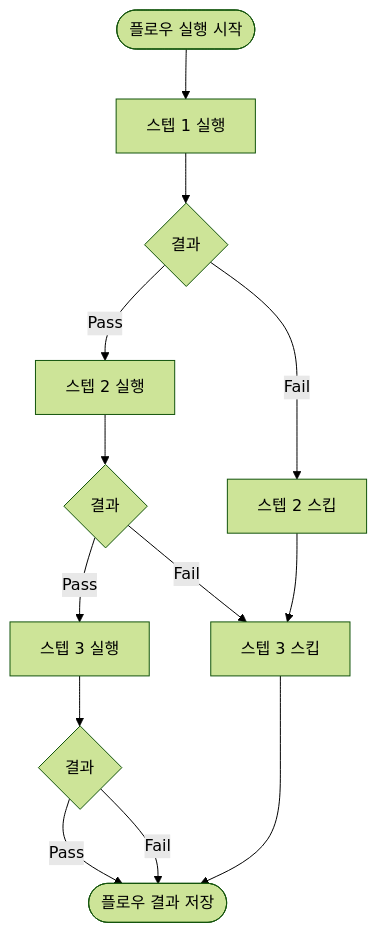
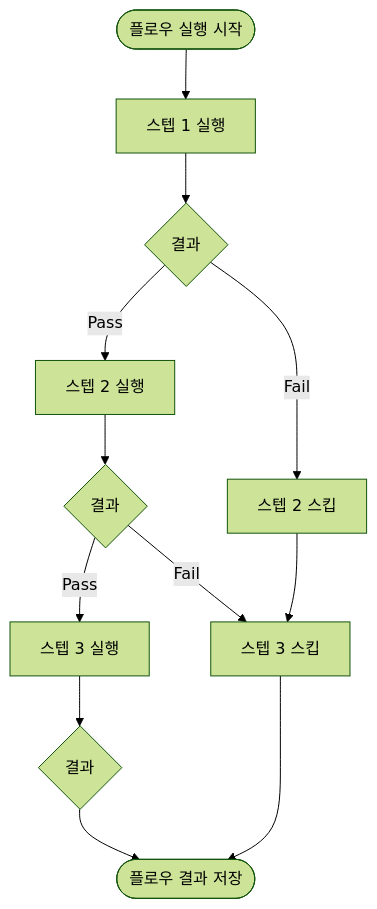
One commit to KIMjongYoun1/QASingle changed the seventh of 8 diagrams in docs/서비스플로우.md. Above: the diagram before and after it, drawn with Mermaid (forest theme). The commit also changed other lines of this file and 36 other files, not shown here.

````diff
--- a/docs/서비스플로우.md
+++ b/docs/서비스플로우.md
@@ -129,21 +188,13 @@
 ```mermaid
 flowchart TD
-    S([플로우 실행 시작]) --> Step1
-
-    Step1[스텝 1 실행] --> R1{결과}
-    R1 -->|Pass| Step2
-    R1 -->|Fail| Skip2
-
-    Step2[스텝 2 실행] --> R2{결과}
-    R2 -->|Pass| Step3
-    R2 -->|Fail| Skip3
-
-    Step3[스텝 3 실행] --> R3{결과}
-    R3 -->|Pass| Done
-    R3 -->|Fail| Done
-
-    Skip2[스텝 2 스킵] --> Skip3
-    Skip3[스텝 3 스킵] --> Done
-
-    Done([플로우 결과 저장])
+    S([플로우 실행 시작]) --> Step1[스텝 1 실행]
+    Step1 --> R1{결과}
+    R1 -->|Pass| Step2[스텝 2 실행]
+    R1 -->|Fail| Skip2[스텝 2 스킵]
+    Step2 --> R2{결과}
+    R2 -->|Pass| Step3[스텝 3 실행]
+    R2 -->|Fail| Skip3[스텝 3 스킵]
+    Step3 --> R3{결과}
+    R3 --> Done([플로우 결과 저장])
+    Skip2 --> Skip3 --> Done
 ```
````
